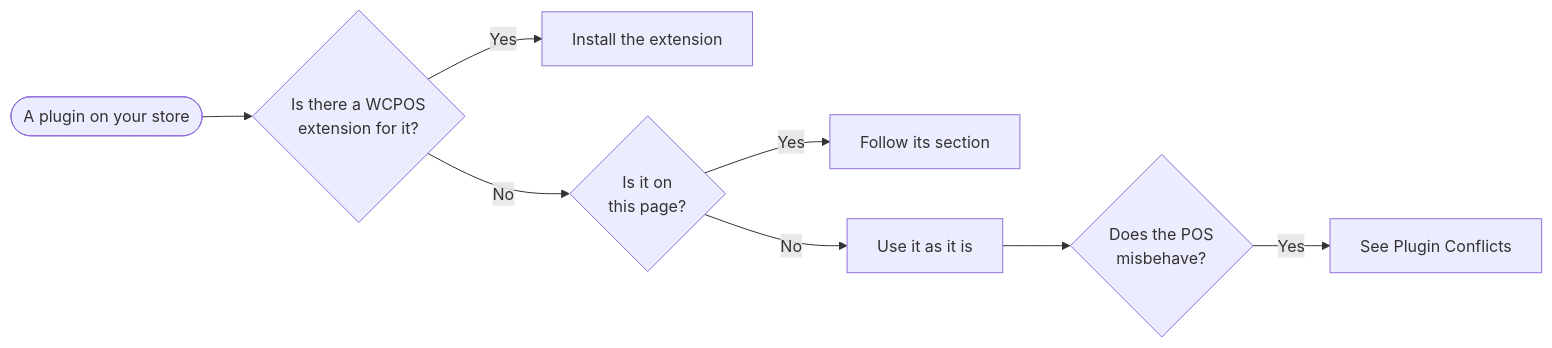
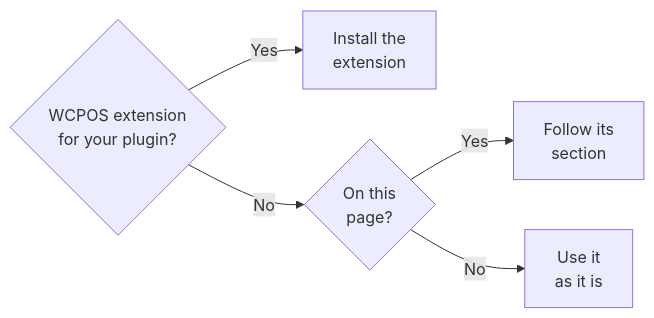
Before and after one commit to wcpos/docs: the diagram in versioned_docs/version-2.x/integrations/index.mdx, drawn with Mermaid.

Commit message:
docs(2.x): integrations/index r2 — two-decision chart

````diff
--- a/versioned_docs/version-2.x/integrations/index.mdx
+++ b/versioned_docs/version-2.x/integrations/index.mdx
@@ -22,10 +22,7 @@
 ```mermaid
 flowchart LR
-    Plugin([A plugin on your store]) --> Ext{Is there a WCPOS<br/>extension for it?}
-    Ext -->|Yes| Install[Install the extension]
-    Ext -->|No| Listed{Is it on<br/>this page?}
-    Listed -->|Yes| Follow[Follow its section]
-    Listed -->|No| Use[Use it as it is]
-    Use --> Wrong{Does the POS<br/>misbehave?}
-    Wrong -->|Yes| Conflicts[See Plugin Conflicts]
+    Ext{WCPOS extension<br/>for your plugin?} -->|Yes| Install[Install the<br/>extension]
+    Ext -->|No| Listed{On this<br/>page?}
+    Listed -->|Yes| Follow[Follow its<br/>section]
+    Listed -->|No| Use[Use it<br/>as it is]
 ```
````
